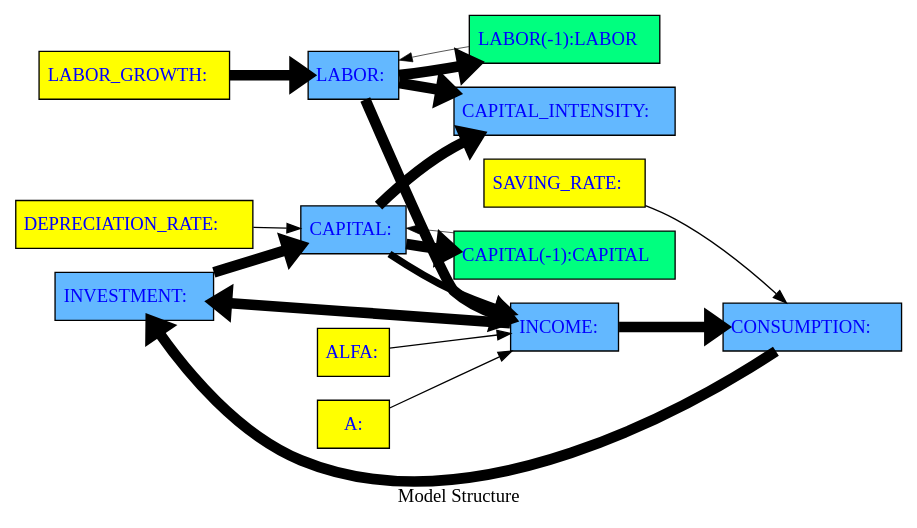
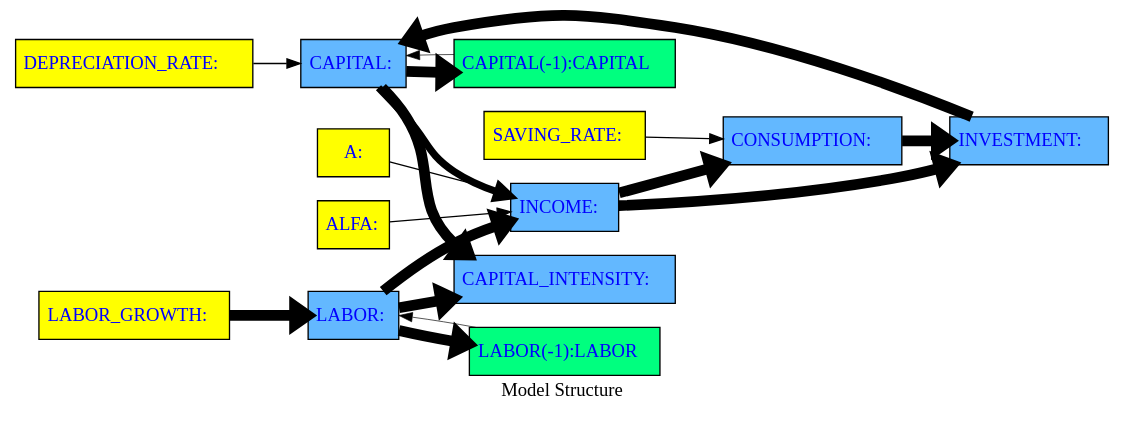
The diagram in working_paper/thebook/content/notebooks/intro/graph/A_model_graph.gv (IbHansen/modelflow-manual), drawn with Graphviz before and after one commit. The commit also changed 178 other files, not shown here.

```diff
--- a/working_paper/thebook/content/notebooks/intro/graph/A_model_graph.gv
+++ b/working_paper/thebook/content/notebooks/intro/graph/A_model_graph.gv
@@ -1,35 +1,35 @@
 digraph TD { rankdir ="LR" 
 {node  [margin=0.025 fontcolor=blue style=filled ] 
- "INVESTMENT" [ shape=box fillcolor= steelblue1 tooltip="INVESTMENT&#10;FRML &lt;&gt; INVESTMENT      = INCOME - CONSUMPTION    &#36;"  margin=0.025 fontcolor=blue style = filled  label=<<TABLE BORDER='0' CELLBORDER = '0' style = "filled"  > <TR><TD tooltip="INVESTMENT&#10;FRML &lt;&gt; INVESTMENT      = INCOME - CONSUMPTION    &#36;">INVESTMENT:</TD></TR> </TABLE>> ]
-"LABOR_GROWTH" [ shape=box fillcolor= yellow tooltip="LABOR_GROWTH&#10;Exogen"  margin=0.025 fontcolor=blue style = filled  label=<<TABLE BORDER='0' CELLBORDER = '0' style = "filled"  > <TR><TD tooltip="LABOR_GROWTH&#10;Exogen">LABOR_GROWTH:</TD></TR> </TABLE>> ]
-"LABOR" [ shape=box fillcolor= steelblue1 tooltip="LABOR&#10;FRML &lt;&gt; LABOR=LABOR(-1)+(LABOR_GROWTH * LABOR(-1))&#36;"  margin=0.025 fontcolor=blue style = filled  label=<<TABLE BORDER='0' CELLBORDER = '0' style = "filled"  > <TR><TD tooltip="LABOR&#10;FRML &lt;&gt; LABOR=LABOR(-1)+(LABOR_GROWTH * LABOR(-1))&#36;">LABOR:</TD></TR> </TABLE>> ]
-"CAPITAL_INTENSITY" [ shape=box fillcolor= steelblue1 tooltip="CAPITAL_INTENSITY&#10;FRML &lt;&gt; CAPITAL_INTENSITY = CAPITAL/LABOR  &#36;"  margin=0.025 fontcolor=blue style = filled  label=<<TABLE BORDER='0' CELLBORDER = '0' style = "filled"  > <TR><TD tooltip="CAPITAL_INTENSITY&#10;FRML &lt;&gt; CAPITAL_INTENSITY = CAPITAL/LABOR  &#36;">CAPITAL_INTENSITY:</TD></TR> </TABLE>> ]
-"ALFA" [ shape=box fillcolor= yellow tooltip="ALFA&#10;Exogen"  margin=0.025 fontcolor=blue style = filled  label=<<TABLE BORDER='0' CELLBORDER = '0' style = "filled"  > <TR><TD tooltip="ALFA&#10;Exogen">ALFA:</TD></TR> </TABLE>> ]
+ "CAPITAL_INTENSITY" [ shape=box fillcolor= steelblue1 tooltip="CAPITAL_INTENSITY&#10;FRML &lt;&gt; CAPITAL_INTENSITY = CAPITAL/LABOR  &#36;"  margin=0.025 fontcolor=blue style = filled  label=<<TABLE BORDER='0' CELLBORDER = '0' style = "filled"  > <TR><TD tooltip="CAPITAL_INTENSITY&#10;FRML &lt;&gt; CAPITAL_INTENSITY = CAPITAL/LABOR  &#36;">CAPITAL_INTENSITY:</TD></TR> </TABLE>> ]
+"DEPRECIATION_RATE" [ shape=box fillcolor= yellow tooltip="DEPRECIATION_RATE&#10;Exogen"  margin=0.025 fontcolor=blue style = filled  label=<<TABLE BORDER='0' CELLBORDER = '0' style = "filled"  > <TR><TD tooltip="DEPRECIATION_RATE&#10;Exogen">DEPRECIATION_RATE:</TD></TR> </TABLE>> ]
+"INVESTMENT" [ shape=box fillcolor= steelblue1 tooltip="INVESTMENT&#10;FRML &lt;&gt; INVESTMENT      = INCOME - CONSUMPTION    &#36;"  margin=0.025 fontcolor=blue style = filled  label=<<TABLE BORDER='0' CELLBORDER = '0' style = "filled"  > <TR><TD tooltip="INVESTMENT&#10;FRML &lt;&gt; INVESTMENT      = INCOME - CONSUMPTION    &#36;">INVESTMENT:</TD></TR> </TABLE>> ]
+"A" [ shape=box fillcolor= yellow tooltip="A&#10;Exogen"  margin=0.025 fontcolor=blue style = filled  label=<<TABLE BORDER='0' CELLBORDER = '0' style = "filled"  > <TR><TD tooltip="A&#10;Exogen">A:</TD></TR> </TABLE>> ]
 "CAPITAL" [ shape=box fillcolor= steelblue1 tooltip="CAPITAL&#10;FRML &lt;&gt; CAPITAL=CAPITAL(-1)+(INVESTMENT-DEPRECIATION_RATE * CAPITAL(-1))&#36;"  margin=0.025 fontcolor=blue style = filled  label=<<TABLE BORDER='0' CELLBORDER = '0' style = "filled"  > <TR><TD tooltip="CAPITAL&#10;FRML &lt;&gt; CAPITAL=CAPITAL(-1)+(INVESTMENT-DEPRECIATION_RATE * CAPITAL(-1))&#36;">CAPITAL:</TD></TR> </TABLE>> ]
-"DEPRECIATION_RATE" [ shape=box fillcolor= yellow tooltip="DEPRECIATION_RATE&#10;Exogen"  margin=0.025 fontcolor=blue style = filled  label=<<TABLE BORDER='0' CELLBORDER = '0' style = "filled"  > <TR><TD tooltip="DEPRECIATION_RATE&#10;Exogen">DEPRECIATION_RATE:</TD></TR> </TABLE>> ]
 "SAVING_RATE" [ shape=box fillcolor= yellow tooltip="SAVING_RATE&#10;Exogen"  margin=0.025 fontcolor=blue style = filled  label=<<TABLE BORDER='0' CELLBORDER = '0' style = "filled"  > <TR><TD tooltip="SAVING_RATE&#10;Exogen">SAVING_RATE:</TD></TR> </TABLE>> ]
 "CAPITAL(-1)" [ shape=box fillcolor= springgreen tooltip="CAPITAL&#10;FRML &lt;&gt; CAPITAL=CAPITAL(-1)+(INVESTMENT-DEPRECIATION_RATE * CAPITAL(-1))&#36;"  margin=0.025 fontcolor=blue style = filled  label=<<TABLE BORDER='0' CELLBORDER = '0' style = "filled"  > <TR><TD tooltip="CAPITAL&#10;FRML &lt;&gt; CAPITAL=CAPITAL(-1)+(INVESTMENT-DEPRECIATION_RATE * CAPITAL(-1))&#36;">CAPITAL(-1):CAPITAL</TD></TR> </TABLE>> ]
+"LABOR_GROWTH" [ shape=box fillcolor= yellow tooltip="LABOR_GROWTH&#10;Exogen"  margin=0.025 fontcolor=blue style = filled  label=<<TABLE BORDER='0' CELLBORDER = '0' style = "filled"  > <TR><TD tooltip="LABOR_GROWTH&#10;Exogen">LABOR_GROWTH:</TD></TR> </TABLE>> ]
 "CONSUMPTION" [ shape=box fillcolor= steelblue1 tooltip="CONSUMPTION&#10;FRML &lt;&gt; CONSUMPTION     = (1-SAVING_RATE)  * INCOME  &#36;"  margin=0.025 fontcolor=blue style = filled  label=<<TABLE BORDER='0' CELLBORDER = '0' style = "filled"  > <TR><TD tooltip="CONSUMPTION&#10;FRML &lt;&gt; CONSUMPTION     = (1-SAVING_RATE)  * INCOME  &#36;">CONSUMPTION:</TD></TR> </TABLE>> ]
+"LABOR" [ shape=box fillcolor= steelblue1 tooltip="LABOR&#10;FRML &lt;&gt; LABOR=LABOR(-1)+(LABOR_GROWTH * LABOR(-1))&#36;"  margin=0.025 fontcolor=blue style = filled  label=<<TABLE BORDER='0' CELLBORDER = '0' style = "filled"  > <TR><TD tooltip="LABOR&#10;FRML &lt;&gt; LABOR=LABOR(-1)+(LABOR_GROWTH * LABOR(-1))&#36;">LABOR:</TD></TR> </TABLE>> ]
 "LABOR(-1)" [ shape=box fillcolor= springgreen tooltip="LABOR&#10;FRML &lt;&gt; LABOR=LABOR(-1)+(LABOR_GROWTH * LABOR(-1))&#36;"  margin=0.025 fontcolor=blue style = filled  label=<<TABLE BORDER='0' CELLBORDER = '0' style = "filled"  > <TR><TD tooltip="LABOR&#10;FRML &lt;&gt; LABOR=LABOR(-1)+(LABOR_GROWTH * LABOR(-1))&#36;">LABOR(-1):LABOR</TD></TR> </TABLE>> ]
-"A" [ shape=box fillcolor= yellow tooltip="A&#10;Exogen"  margin=0.025 fontcolor=blue style = filled  label=<<TABLE BORDER='0' CELLBORDER = '0' style = "filled"  > <TR><TD tooltip="A&#10;Exogen">A:</TD></TR> </TABLE>> ]
+"ALFA" [ shape=box fillcolor= yellow tooltip="ALFA&#10;Exogen"  margin=0.025 fontcolor=blue style = filled  label=<<TABLE BORDER='0' CELLBORDER = '0' style = "filled"  > <TR><TD tooltip="ALFA&#10;Exogen">ALFA:</TD></TR> </TABLE>> ]
 "INCOME" [ shape=box fillcolor= steelblue1 tooltip="INCOME&#10;FRML &lt;&gt; INCOME          = A  * CAPITAL**ALFA * LABOR **(1-ALFA)  &#36;"  margin=0.025 fontcolor=blue style = filled  label=<<TABLE BORDER='0' CELLBORDER = '0' style = "filled"  > <TR><TD tooltip="INCOME&#10;FRML &lt;&gt; INCOME          = A  * CAPITAL**ALFA * LABOR **(1-ALFA)  &#36;">INCOME:</TD></TR> </TABLE>> ] 
 } 
-"CONSUMPTION" -> "INVESTMENT" [ style = filled tooltip=" CONSUMPTION -> INVESTMENT Min. att. -1900%  max: -1900%" href="bogus" penwidth = 8.0 ]
-"LABOR(-1)" -> "LABOR" [ style = filled tooltip=NA href="bogus" penwidth = 0.5 ]
-"CAPITAL" -> "CAPITAL(-1)" [ style = filled tooltip=" CAPITAL -> CAPITAL(-1) Min. att. 0%  max: 94%" href="bogus" penwidth = 8.0 ]
-"SAVING_RATE" -> "CONSUMPTION" [ style = filled tooltip=" SAVING_RATE -> CONSUMPTION Min. att. 0%  max: 0%" href="bogus" penwidth = 1.0 ]
-"DEPRECIATION_RATE" -> "CAPITAL" [ style = filled tooltip=" DEPRECIATION_RATE -> CAPITAL Min. att. 0%  max: 0%" href="bogus" penwidth = 1.0 ]
-"INCOME" -> "INVESTMENT" [ style = filled tooltip=" INCOME -> INVESTMENT Min. att. 2000%  max: 2000%" href="bogus" penwidth = 8.0 ]
-"LABOR_GROWTH" -> "LABOR" [ style = filled tooltip=" LABOR_GROWTH -> LABOR Min. att. 0%  max: 100%" href="bogus" penwidth = 8.0 ]
-"LABOR" -> "INCOME" [ style = filled tooltip=" LABOR -> INCOME Min. att. 59%  max: 97%" href="bogus" penwidth = 8.0 ]
-"CAPITAL" -> "INCOME" [ style = filled tooltip=" CAPITAL -> INCOME Min. att. 3%  max: 54%" href="bogus" penwidth = 5.422974734681451 ]
-"CAPITAL(-1)" -> "CAPITAL" [ style = filled tooltip=NA href="bogus" penwidth = 0.5 ]
-"INCOME" -> "CONSUMPTION" [ style = filled tooltip=" INCOME -> CONSUMPTION Min. att. 100%  max: 100%" href="bogus" penwidth = 8.0 ]
-"LABOR" -> "LABOR(-1)" [ style = filled tooltip=" LABOR -> LABOR(-1) Min. att. 0%  max: 100%" href="bogus" penwidth = 8.0 ]
-"LABOR" -> "CAPITAL_INTENSITY" [ style = filled tooltip=" LABOR -> CAPITAL_INTENSITY Min. att. 103%  max: 1269%" href="bogus" penwidth = 8.0 ]
 "INVESTMENT" -> "CAPITAL" [ style = filled tooltip=" INVESTMENT -> CAPITAL Min. att. 6%  max: 100%" href="bogus" penwidth = 8.0 ]
 "CAPITAL" -> "CAPITAL_INTENSITY" [ style = filled tooltip=" CAPITAL -> CAPITAL_INTENSITY Min. att. -647%  max: -3%" href="bogus" penwidth = 8.0 ]
+"LABOR" -> "LABOR(-1)" [ style = filled tooltip=" LABOR -> LABOR(-1) Min. att. 0%  max: 100%" href="bogus" penwidth = 8.0 ]
+"INCOME" -> "CONSUMPTION" [ style = filled tooltip=" INCOME -> CONSUMPTION Min. att. 100%  max: 100%" href="bogus" penwidth = 8.0 ]
+"CAPITAL(-1)" -> "CAPITAL" [ style = filled tooltip=NA href="bogus" penwidth = 0.5 ]
+"LABOR(-1)" -> "LABOR" [ style = filled tooltip=NA href="bogus" penwidth = 0.5 ]
+"LABOR_GROWTH" -> "LABOR" [ style = filled tooltip=" LABOR_GROWTH -> LABOR Min. att. 0%  max: 100%" href="bogus" penwidth = 8.0 ]
+"CONSUMPTION" -> "INVESTMENT" [ style = filled tooltip=" CONSUMPTION -> INVESTMENT Min. att. -1900%  max: -1900%" href="bogus" penwidth = 8.0 ]
+"CAPITAL" -> "CAPITAL(-1)" [ style = filled tooltip=" CAPITAL -> CAPITAL(-1) Min. att. 0%  max: 94%" href="bogus" penwidth = 8.0 ]
+"DEPRECIATION_RATE" -> "CAPITAL" [ style = filled tooltip=" DEPRECIATION_RATE -> CAPITAL Min. att. 0%  max: 0%" href="bogus" penwidth = 1.0 ]
+"ALFA" -> "INCOME" [ style = filled tooltip=" ALFA -> INCOME Min. att. -0%  max: -0%" href="bogus" penwidth = 1.0 ]
+"LABOR" -> "INCOME" [ style = filled tooltip=" LABOR -> INCOME Min. att. 59%  max: 97%" href="bogus" penwidth = 8.0 ]
 "A" -> "INCOME" [ style = filled tooltip=" A -> INCOME Min. att. -0%  max: -0%" href="bogus" penwidth = 1.0 ]
-"ALFA" -> "INCOME" [ style = filled tooltip=" ALFA -> INCOME Min. att. -0%  max: -0%" href="bogus" penwidth = 1.0 ]
+"LABOR" -> "CAPITAL_INTENSITY" [ style = filled tooltip=" LABOR -> CAPITAL_INTENSITY Min. att. 103%  max: 1269%" href="bogus" penwidth = 8.0 ]
+"INCOME" -> "INVESTMENT" [ style = filled tooltip=" INCOME -> INVESTMENT Min. att. 2000%  max: 2000%" href="bogus" penwidth = 8.0 ]
+"SAVING_RATE" -> "CONSUMPTION" [ style = filled tooltip=" SAVING_RATE -> CONSUMPTION Min. att. 0%  max: 0%" href="bogus" penwidth = 1.0 ]
+"CAPITAL" -> "INCOME" [ style = filled tooltip=" CAPITAL -> INCOME Min. att. 3%  max: 54%" href="bogus" penwidth = 5.422974734681451 ]
  label = "Model Structure";
 }
```
